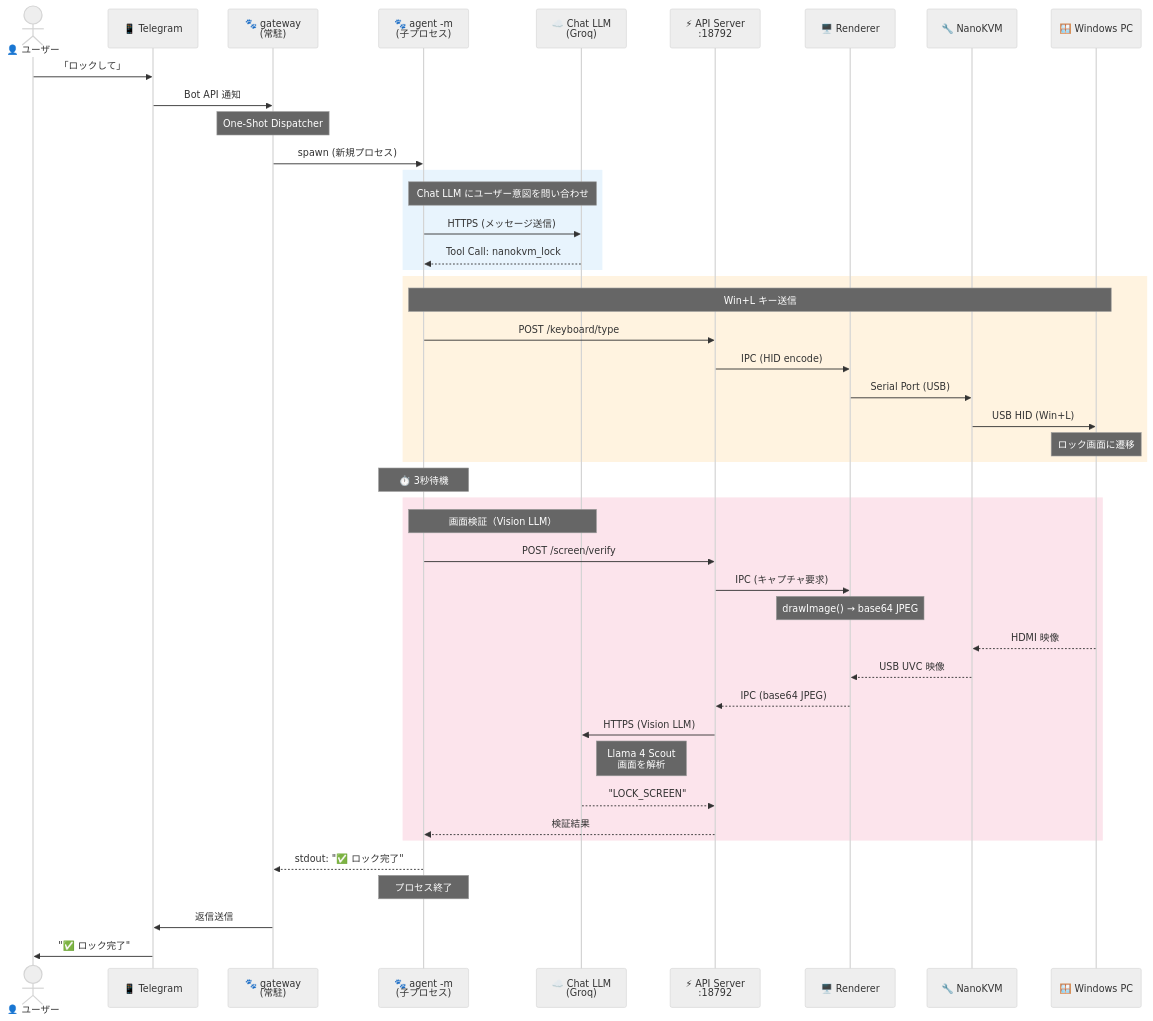
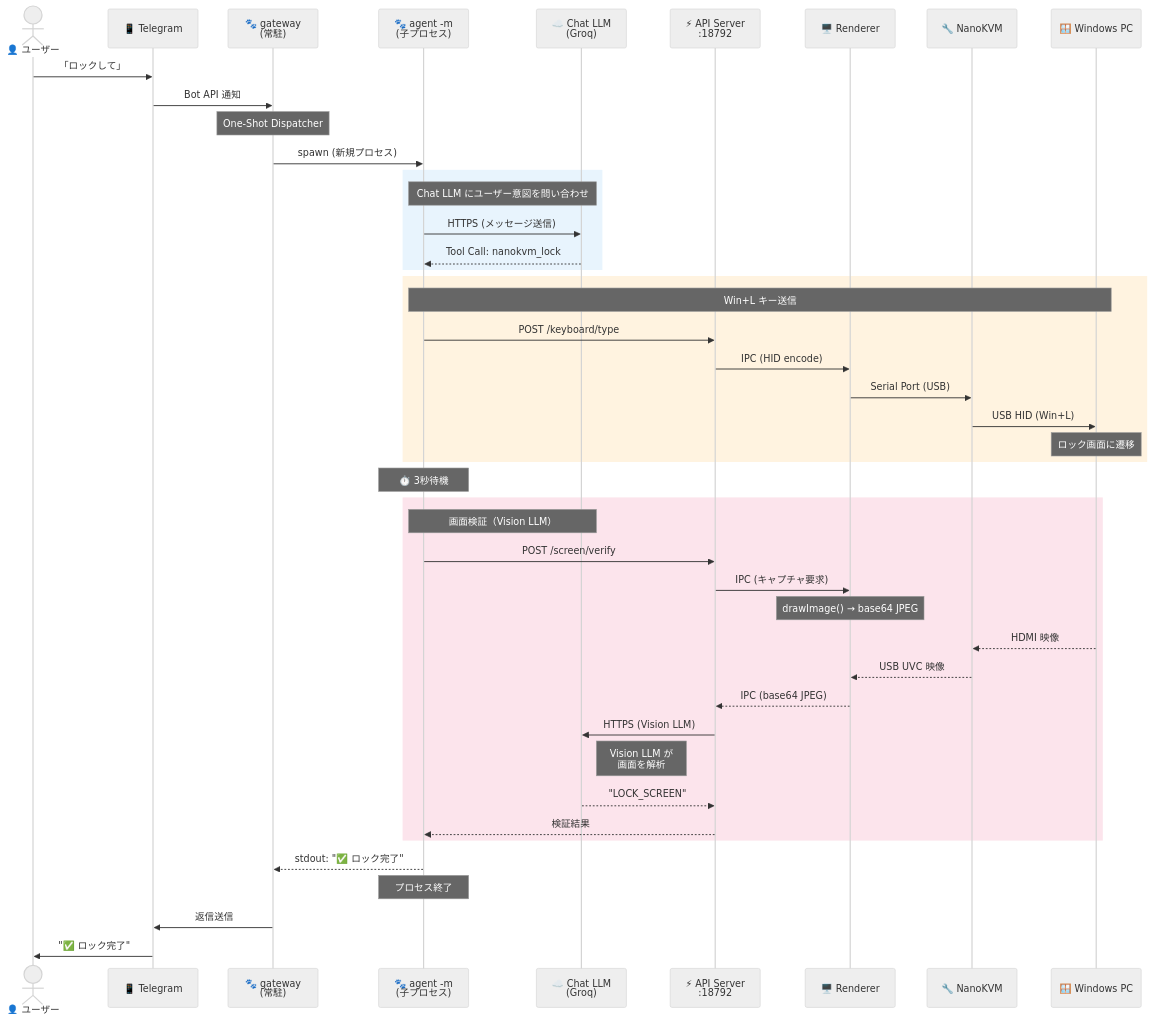
The second of 8 diagrams in desktop/docs/picoclaw-lock-login-spec.md (sipeed/NanoKVM-USB), drawn with Mermaid (neutral theme) before and after one commit. The commit also changed other lines of this file and 14 other files, not shown here.

First line of the commit message:
docs: add ChatUI sequence diagram, fix Llama 4 Scout → generic LLM, fix Japanese font in Mermaid

````diff
--- a/desktop/docs/picoclaw-lock-login-spec.md
+++ b/desktop/docs/picoclaw-lock-login-spec.md
@@ -122,54 +122,54 @@
 ```mermaid
 sequenceDiagram
     actor User as 👤 ユーザー
     participant TG as 📱 Telegram
     participant GW as 🐾 gateway<br>(常駐)
     participant Agent as 🐾 agent -m<br>(子プロセス)
     participant ChatLLM as ☁️ Chat LLM<br>(Groq)
     participant API as ⚡ API Server<br>:18792
     participant Render as 🖥️ Renderer
     participant KVM as 🔧 NanoKVM
     participant WinPC as 🪟 Windows PC
 
     User->>TG: 「ロックして」
     TG->>GW: Bot API 通知
     
     Note over GW: One-Shot Dispatcher
     GW->>Agent: spawn (新規プロセス)
 
     rect rgb(232, 244, 253)
         Note over Agent,ChatLLM: Chat LLM にユーザー意図を問い合わせ
         Agent->>ChatLLM: HTTPS (メッセージ送信)
         ChatLLM-->>Agent: Tool Call: nanokvm_lock
     end
 
     rect rgb(255, 243, 224)
         Note over Agent,WinPC: Win+L キー送信
         Agent->>API: POST /keyboard/type
         API->>Render: IPC (HID encode)
         Render->>KVM: Serial Port (USB)
         KVM->>WinPC: USB HID (Win+L)
         Note over WinPC: ロック画面に遷移
     end
 
     Note over Agent: ⏱️ 3秒待機
 
     rect rgb(252, 228, 236)
         Note over Agent,ChatLLM: 画面検証（Vision LLM）
         Agent->>API: POST /screen/verify
         API->>Render: IPC (キャプチャ要求)
         Note over Render: drawImage() → base64 JPEG
         WinPC-->>KVM: HDMI 映像
         KVM-->>Render: USB UVC 映像
         Render-->>API: IPC (base64 JPEG)
         API->>ChatLLM: HTTPS (Vision LLM)
-        Note right of ChatLLM: Llama 4 Scout<br>画面を解析
+        Note right of ChatLLM: Vision LLM が<br>画面を解析
         ChatLLM-->>API: "LOCK_SCREEN"
         API-->>Agent: 検証結果
     end
 
     Agent-->>GW: stdout: "✅ ロック完了"
     Note over Agent: プロセス終了
     GW->>TG: 返信送信
     TG->>User: "✅ ロック完了"
 ```
````
